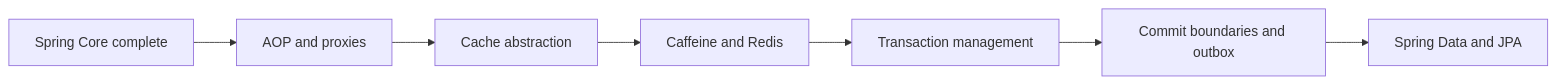
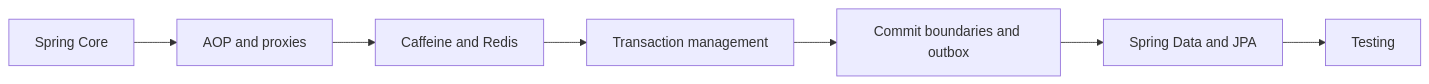
The diagram in 01_MAPS/Spring Map.md (alimbetov/obsidian), drawn with Mermaid before and after one commit. The commit also changed other lines of this file, not shown here.

Commit message:
Publish Spring Data JPA route in Spring map

````diff
--- a/01_MAPS/Spring Map.md
+++ b/01_MAPS/Spring Map.md
@@ -20,9 +21,9 @@
 ```mermaid
 flowchart LR
-    CORE[Spring Core complete] --> AOP[AOP and proxies]
-    AOP --> CACHE[Cache abstraction]
-    CACHE --> PROVIDERS[Caffeine and Redis]
-    PROVIDERS --> TX[Transaction management]
+    CORE[Spring Core] --> AOP[AOP and proxies]
+    AOP --> CACHE[Caffeine and Redis]
+    CACHE --> TX[Transaction management]
     TX --> OUTBOX[Commit boundaries and outbox]
     OUTBOX --> DATA[Spring Data and JPA]
+    DATA --> TEST[Testing]
 ```
````
